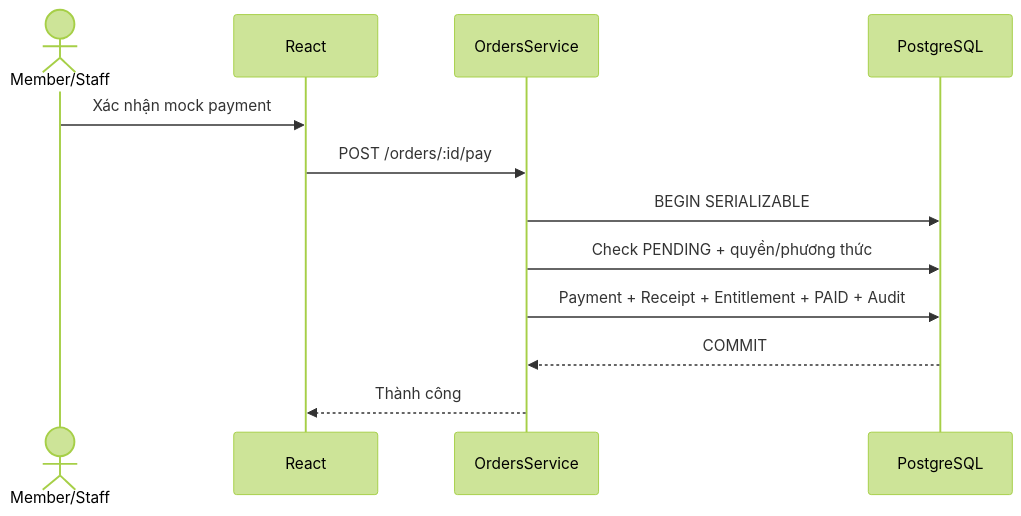
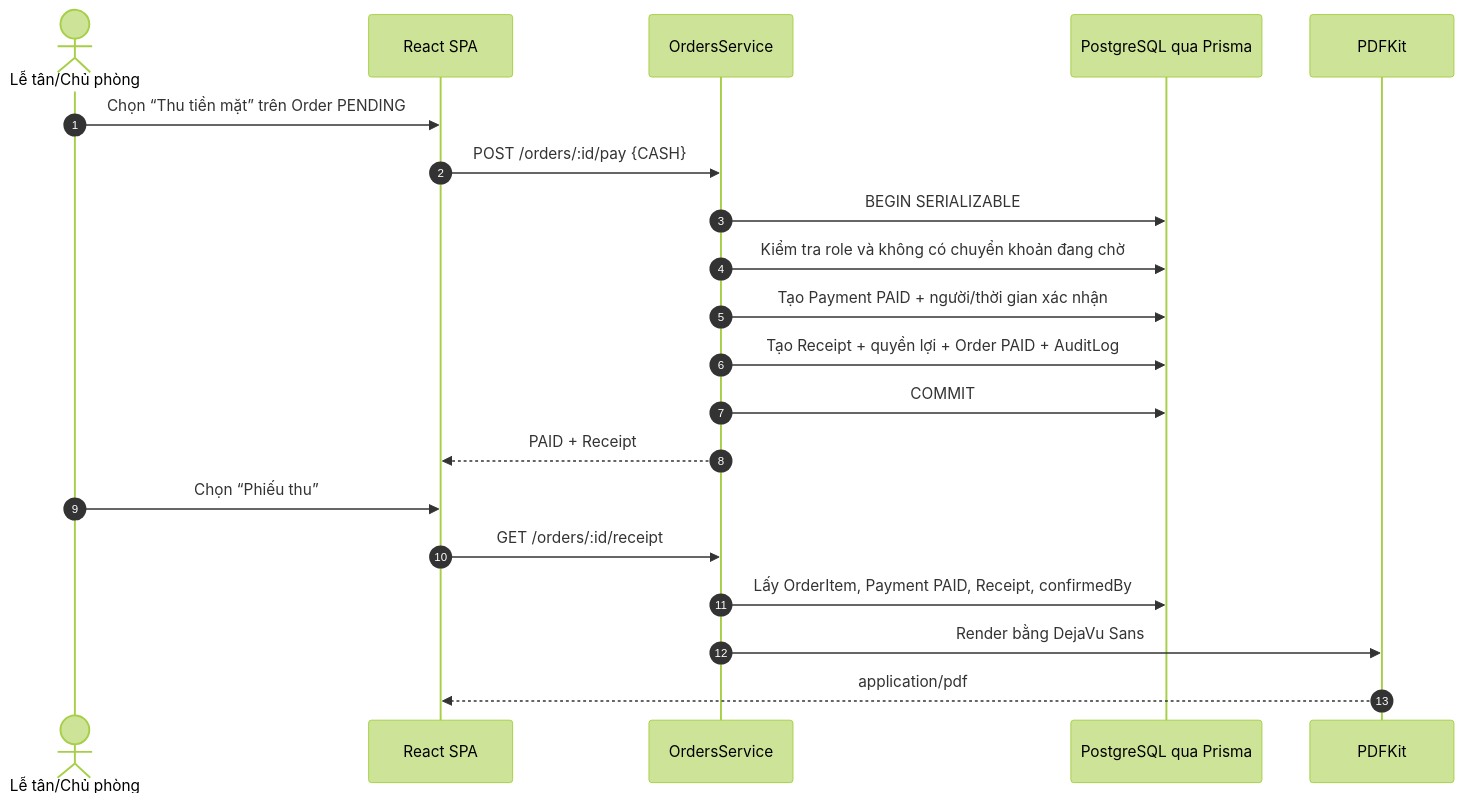
Before and after one commit to vhoanglong54/CNPM_GYM: the third of 6 diagrams in docs/06-UML-Diagrams/Sequences.md, drawn with Mermaid (forest theme). The commit also changed other lines of this file and 2 other files, not shown here.

Commit message:
docs(uml): align architecture and workflow diagrams

````diff
--- a/docs/06-UML-Diagrams/Sequences.md
+++ b/docs/06-UML-Diagrams/Sequences.md
@@ -5,14 +117,24 @@
 ```mermaid
 sequenceDiagram
-  actor U as Member/Staff
-  participant FE as React
-  participant API as OrdersService
-  participant DB as PostgreSQL
-  U->>FE: Xác nhận mock payment
-  FE->>API: POST /orders/:id/pay
-  API->>DB: BEGIN SERIALIZABLE
-  API->>DB: Check PENDING + quyền/phương thức
-  API->>DB: Payment + Receipt + Entitlement + PAID + Audit
-  DB-->>API: COMMIT
-  API-->>FE: Thành công
+  autonumber
+  actor S as Lễ tân/Chủ phòng
+  participant FE as React SPA
+  participant Order as OrdersService
+  participant DB as PostgreSQL qua Prisma
+  participant PDF as PDFKit
+
+  S->>FE: Chọn “Thu tiền mặt” trên Order PENDING
+  FE->>Order: POST /orders/:id/pay {CASH}
+  Order->>DB: BEGIN SERIALIZABLE
+  Order->>DB: Kiểm tra role và không có chuyển khoản đang chờ
+  Order->>DB: Tạo Payment PAID + người/thời gian xác nhận
+  Order->>DB: Tạo Receipt + quyền lợi + Order PAID + AuditLog
+  Order->>DB: COMMIT
+  Order-->>FE: PAID + Receipt
+
+  S->>FE: Chọn “Phiếu thu”
+  FE->>Order: GET /orders/:id/receipt
+  Order->>DB: Lấy OrderItem, Payment PAID, Receipt, confirmedBy
+  Order->>PDF: Render bằng DejaVu Sans
+  PDF-->>FE: application/pdf
 ```
````
